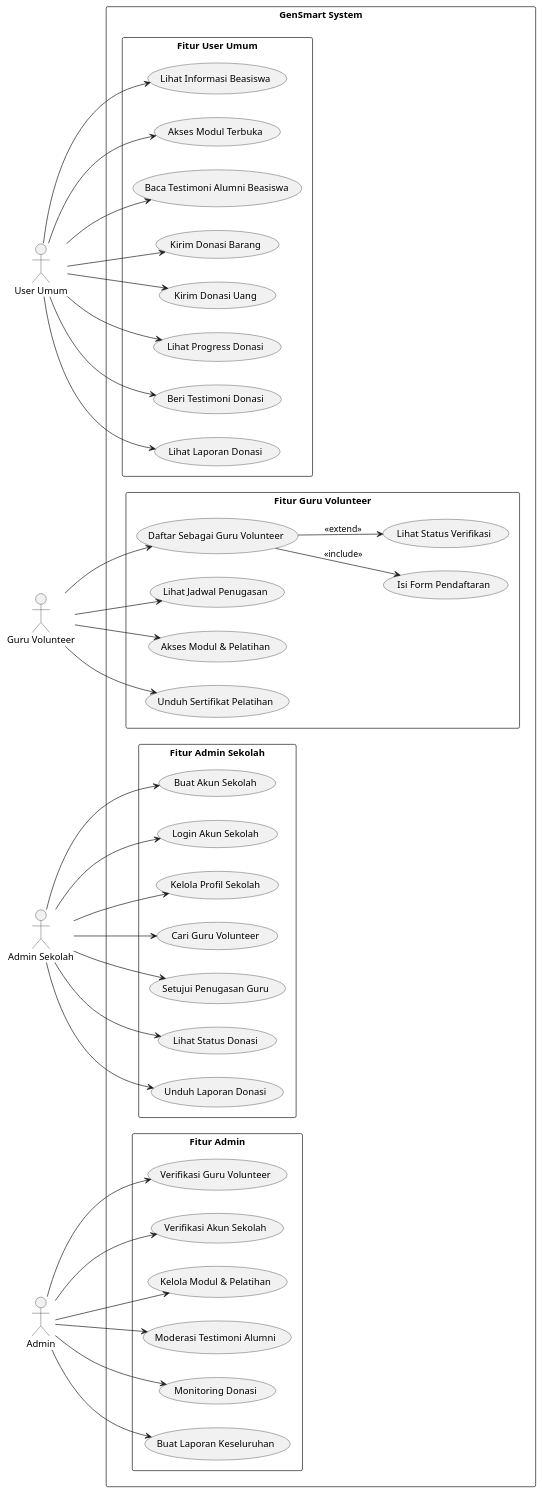
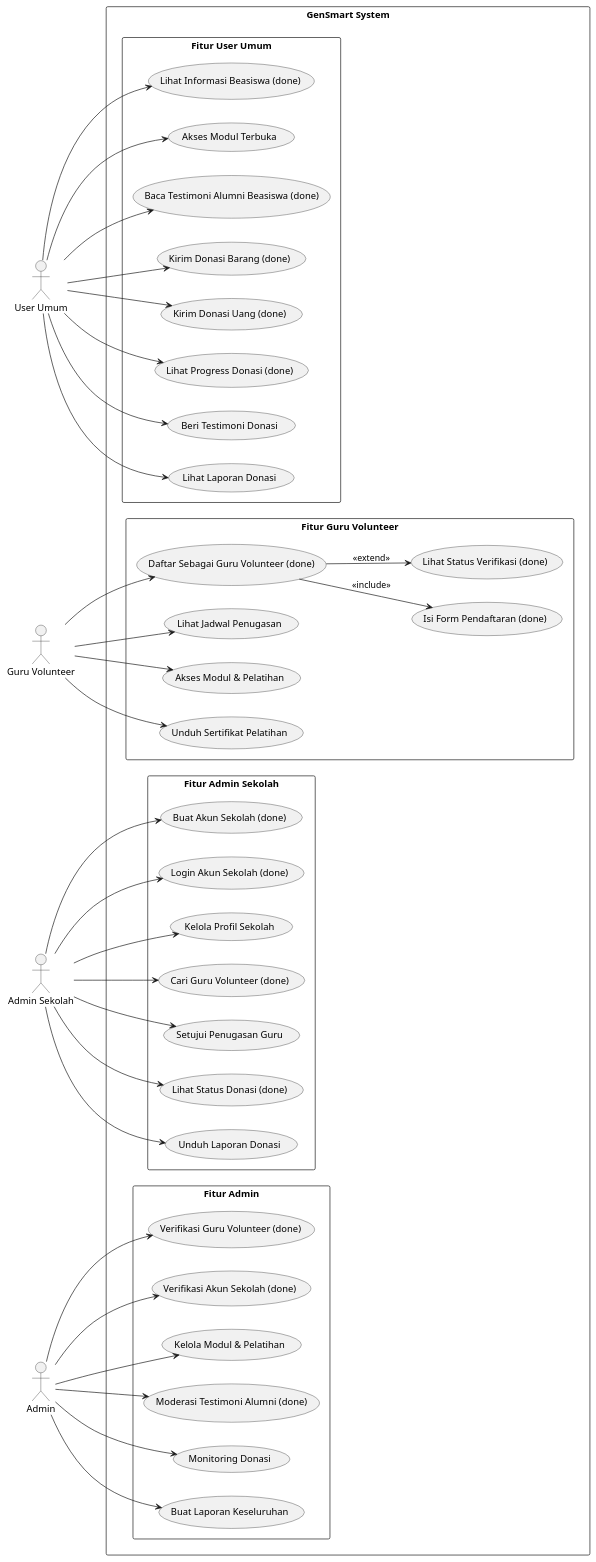
One commit to wirawanmahardika/gensmart-backend changed the diagram in docs/usecase.pu. Above: the diagram before and after it, drawn with PlantUML. The commit also changed 2 other files, not shown here.

```diff
--- a/docs/usecase.pu
+++ b/docs/usecase.pu
@@ -1,87 +1,87 @@
 @startuml "GenSmart System"
 left to right direction
 skinparam packageStyle rectangle
 
 actor "User Umum" as User
 actor "Guru Volunteer" as Volunteer
 actor "Admin Sekolah" as SchoolAdmin
 actor "Admin" as Admin
 
 rectangle "GenSmart System" {
 
   package "Fitur User Umum" {
-    usecase UC1 as "Lihat Informasi Beasiswa"
+    usecase UC1 as "Lihat Informasi Beasiswa (done)"
     usecase UC2 as "Akses Modul Terbuka"
-    usecase UC3 as "Baca Testimoni Alumni Beasiswa"
-    usecase UC10 as "Kirim Donasi Barang"
-    usecase UC11 as "Kirim Donasi Uang"
-    usecase UC12 as "Lihat Progress Donasi"
+    usecase UC3 as "Baca Testimoni Alumni Beasiswa (done)"
+    usecase UC10 as "Kirim Donasi Barang (done)"
+    usecase UC11 as "Kirim Donasi Uang (done)"
+    usecase UC12 as "Lihat Progress Donasi (done)"
     usecase UC13 as "Beri Testimoni Donasi"
     usecase UC14 as "Lihat Laporan Donasi"
   }
 
   package "Fitur Guru Volunteer" {
-    usecase UC4 as "Daftar Sebagai Guru Volunteer"
-    usecase UC5 as "Isi Form Pendaftaran"
-    usecase UC6 as "Lihat Status Verifikasi"
+    usecase UC4 as "Daftar Sebagai Guru Volunteer (done)"
+    usecase UC5 as "Isi Form Pendaftaran (done)"
+    usecase UC6 as "Lihat Status Verifikasi (done)"
     usecase UC7 as "Lihat Jadwal Penugasan"
     usecase UC8 as "Akses Modul & Pelatihan"
     usecase UC9 as "Unduh Sertifikat Pelatihan"
   }
 
   package "Fitur Admin Sekolah" {
-    usecase UC15 as "Buat Akun Sekolah"
-    usecase UC16 as "Login Akun Sekolah"
+    usecase UC15 as "Buat Akun Sekolah (done)"
+    usecase UC16 as "Login Akun Sekolah (done)"
     usecase UC17 as "Kelola Profil Sekolah"
-    usecase UC18 as "Cari Guru Volunteer"
+    usecase UC18 as "Cari Guru Volunteer (done)"
     usecase UC19 as "Setujui Penugasan Guru"
-    usecase UC20 as "Lihat Status Donasi"
+    usecase UC20 as "Lihat Status Donasi (done)"
     usecase UC21 as "Unduh Laporan Donasi"
   }
 
   package "Fitur Admin" {
-    usecase UC22 as "Verifikasi Guru Volunteer"
-    usecase UC23 as "Verifikasi Akun Sekolah"
+    usecase UC22 as "Verifikasi Guru Volunteer (done)"
+    usecase UC23 as "Verifikasi Akun Sekolah (done)"
     usecase UC24 as "Kelola Modul & Pelatihan"
-    usecase UC25 as "Moderasi Testimoni Alumni"
+    usecase UC25 as "Moderasi Testimoni Alumni (done)"
     usecase UC26 as "Monitoring Donasi"
     usecase UC27 as "Buat Laporan Keseluruhan"
   }
 }
 
 '--- Relasi User Umum ---
 User --> UC1
 User --> UC2
 User --> UC3
 User --> UC10
 User --> UC11
 User --> UC12
 User --> UC13
 User --> UC14
 
 '--- Relasi Guru Volunteer ---
 Volunteer --> UC4
 UC4 --> UC5 : <<include>>
 UC4 --> UC6 : <<extend>>
 Volunteer --> UC7
 Volunteer --> UC8
 Volunteer --> UC9
 
 '--- Relasi Admin Sekolah ---
 SchoolAdmin --> UC15
 SchoolAdmin --> UC16
 SchoolAdmin --> UC17
 SchoolAdmin --> UC18
 SchoolAdmin --> UC19
 SchoolAdmin --> UC20
 SchoolAdmin --> UC21
 
 '--- Relasi Admin ---
 Admin --> UC22
 Admin --> UC23
 Admin --> UC24
 Admin --> UC25
 Admin --> UC26
 Admin --> UC27
 
 @enduml
```
